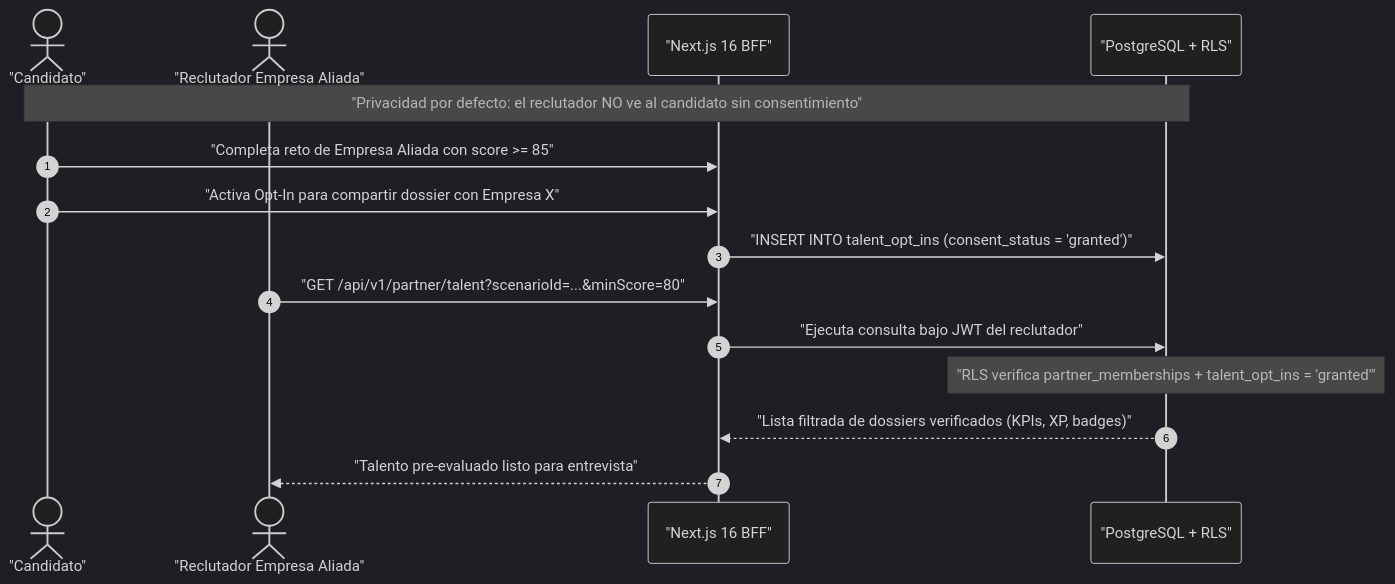
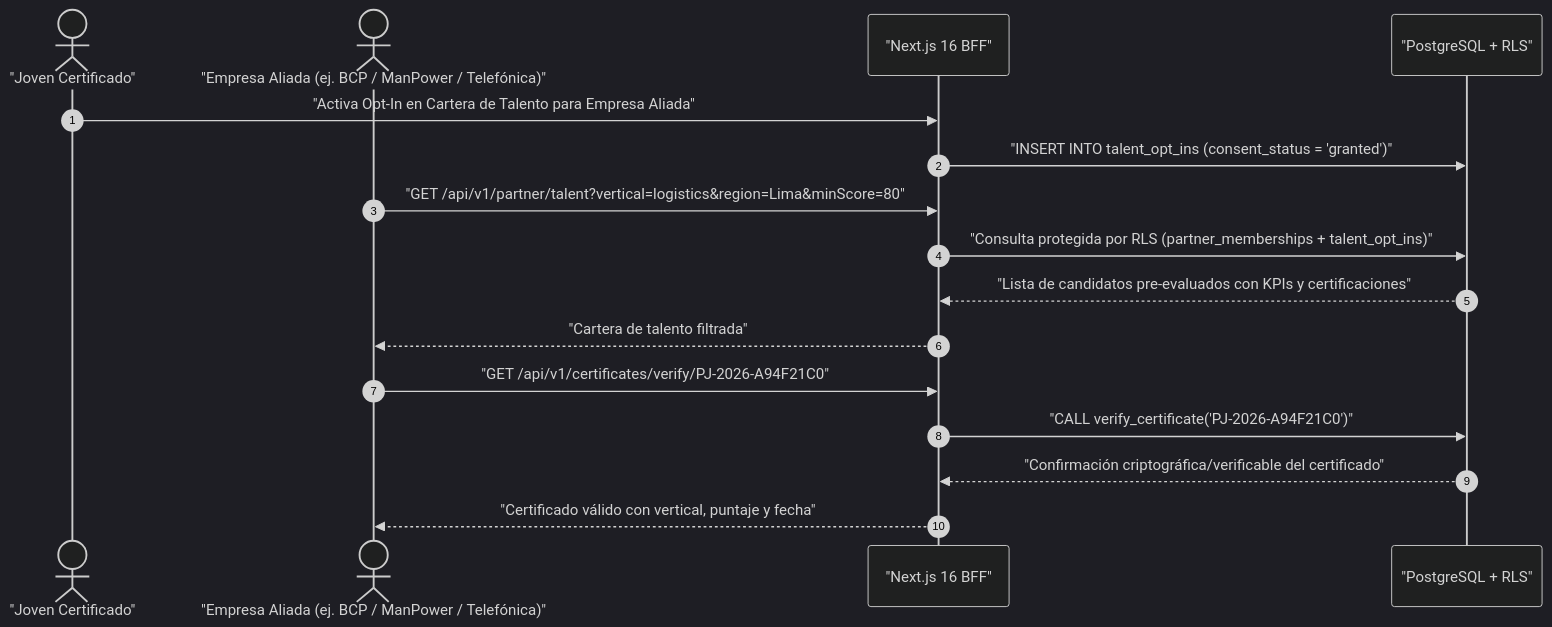
Before and after one commit to waxmorales/portal-job: the third of 3 diagrams in docs/USER_AND_DATA_FLOWS.md, drawn with Mermaid (dark theme). The commit also changed other lines of this file and 16 other files, not shown here.

Commit message:
feat(architecture): align PortalJob blueprint with Admin/Logistics/Sales, HaSociaJob, verifiable certificates, and financial roadmap

````diff
--- a/docs/USER_AND_DATA_FLOWS.md
+++ b/docs/USER_AND_DATA_FLOWS.md
@@ -75,19 +70,21 @@
 ```mermaid
 sequenceDiagram
     autonumber
-    actor C as "Candidato"
-    actor R as "Reclutador Empresa Aliada"
+    actor C as "Joven Certificado"
+    actor R as "Empresa Aliada (ej. BCP / ManPower / Telefónica)"
     participant BFF as "Next.js 16 BFF"
     participant DB as "PostgreSQL + RLS"
 
-    Note over C,DB: "Privacidad por defecto: el reclutador NO ve al candidato sin consentimiento"
-    C->>BFF: "Completa reto de Empresa Aliada con score >= 85"
-    C->>BFF: "Activa Opt-In para compartir dossier con Empresa X"
+    C->>BFF: "Activa Opt-In en Cartera de Talento para Empresa Aliada"
     BFF->>DB: "INSERT INTO talent_opt_ins (consent_status = 'granted')"
 
-    R->>BFF: "GET /api/v1/partner/talent?scenarioId=...&minScore=80"
-    BFF->>DB: "Ejecuta consulta bajo JWT del reclutador"
-    Note over DB: "RLS verifica partner_memberships + talent_opt_ins = 'granted'"
-    DB-->>BFF: "Lista filtrada de dossiers verificados (KPIs, XP, badges)"
-    BFF-->>R: "Talento pre-evaluado listo para entrevista"
+    R->>BFF: "GET /api/v1/partner/talent?vertical=logistics&region=Lima&minScore=80"
+    BFF->>DB: "Consulta protegida por RLS (partner_memberships + talent_opt_ins)"
+    DB-->>BFF: "Lista de candidatos pre-evaluados con KPIs y certificaciones"
+    BFF-->>R: "Cartera de talento filtrada"
+
+    R->>BFF: "GET /api/v1/certificates/verify/PJ-2026-A94F21C0"
+    BFF->>DB: "CALL verify_certificate('PJ-2026-A94F21C0')"
+    DB-->>BFF: "Confirmación criptográfica/verificable del certificado"
+    BFF-->>R: "Certificado válido con vertical, puntaje y fecha"
 ```
````
